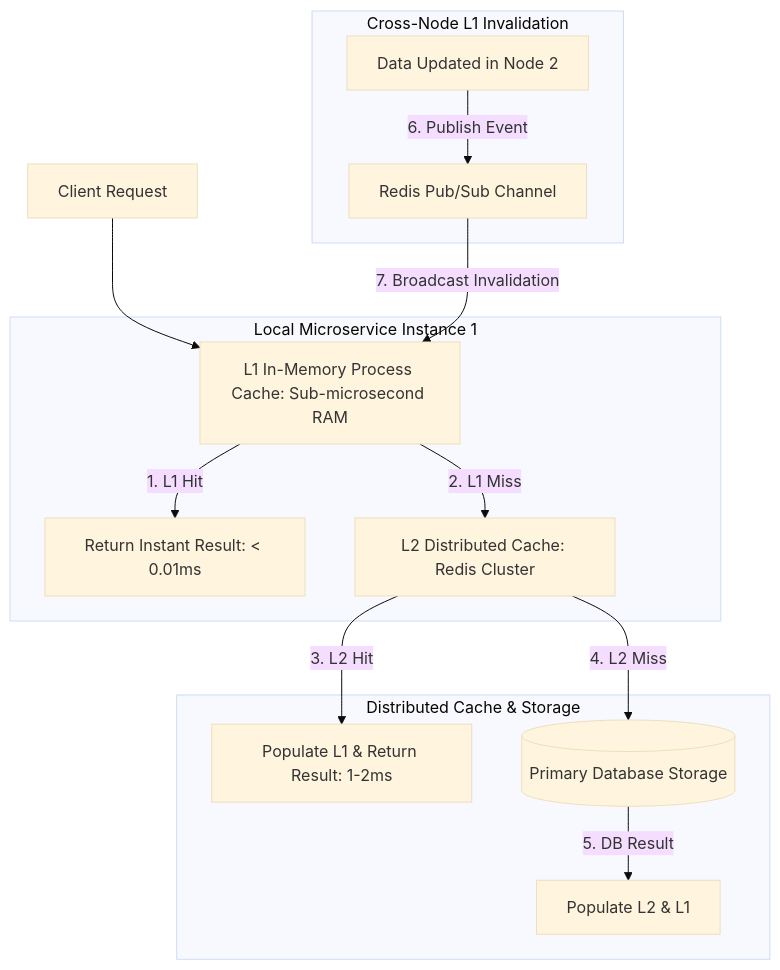
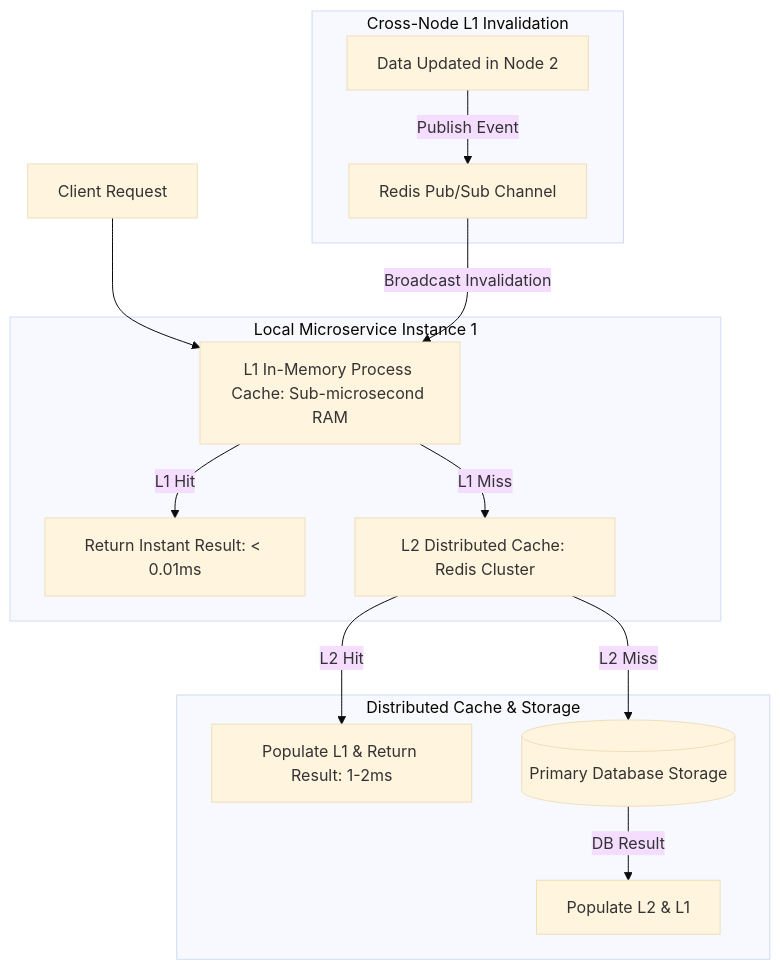
The diagram in blog/posts/multi-tier-hybrid-caching-in-memory-l1-distributed-l2-clusters.md (akmalkhaniub/akmalkhaniub.github.io), drawn with Mermaid (base theme) before and after one commit. The commit also changed 411 other files, not shown here.

````diff
--- a/blog/posts/multi-tier-hybrid-caching-in-memory-l1-distributed-l2-clusters.md
+++ b/blog/posts/multi-tier-hybrid-caching-in-memory-l1-distributed-l2-clusters.md
@@ -19,20 +19,20 @@
 ```mermaid
-graph TD
+flowchart TD
   A[Client Request] --> B[L1 In-Memory Process Cache: Sub-microsecond RAM]
   
   subgraph SG1_LocalMicroserviceInstance ["Local Microservice Instance 1"]
-    B -->|1. L1 Hit| C[Return Instant Result: < 0.01ms]
-    B -->|2. L1 Miss| D[L2 Distributed Cache: Redis Cluster]
+    B -->|L1 Hit| C[Return Instant Result: < 0.01ms]
+    B -->|L1 Miss| D[L2 Distributed Cache: Redis Cluster]
   end
   
   subgraph SG2_DistributedCacheStorage ["Distributed Cache & Storage"]
-    D -->|3. L2 Hit| E[Populate L1 & Return Result: 1-2ms]
-    D -->|4. L2 Miss| F[(Primary Database Storage)]
-    F -->|5. DB Result| G[Populate L2 & L1]
+    D -->|L2 Hit| E[Populate L1 & Return Result: 1-2ms]
+    D -->|L2 Miss| F[(Primary Database Storage)]
+    F -->|DB Result| G[Populate L2 & L1]
   end
   
   subgraph SG3_CrossNodeL1 ["Cross-Node L1 Invalidation"]
-    H[Data Updated in Node 2] -->|6. Publish Event| I[Redis Pub/Sub Channel]
-    I -->|7. Broadcast Invalidation| B
+    H[Data Updated in Node 2] -->|Publish Event| I[Redis Pub/Sub Channel]
+    I -->|Broadcast Invalidation| B
   end
 ```
````
